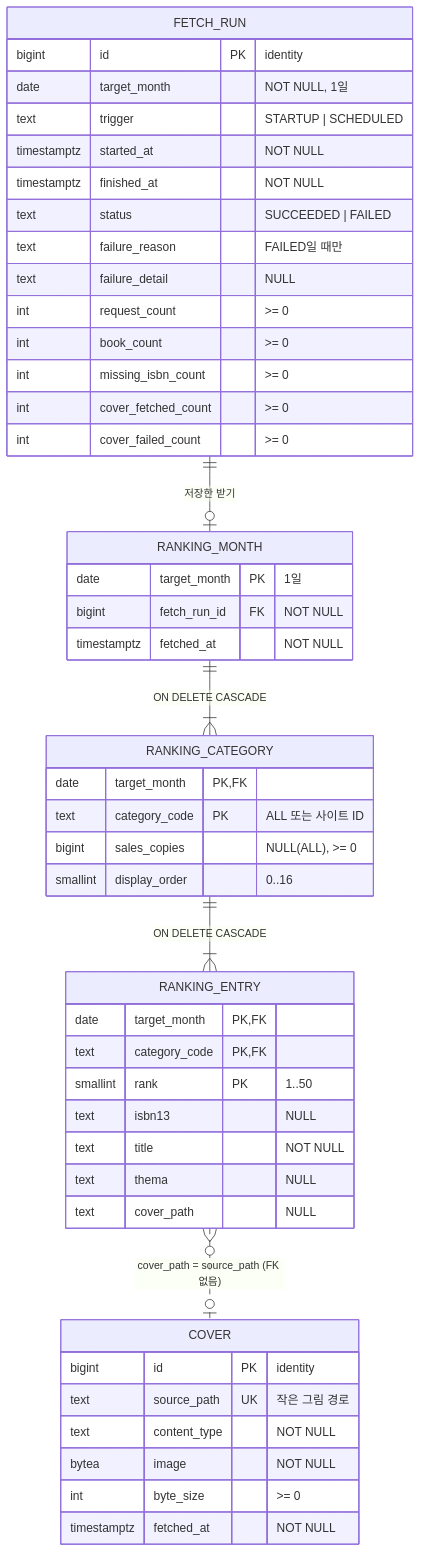
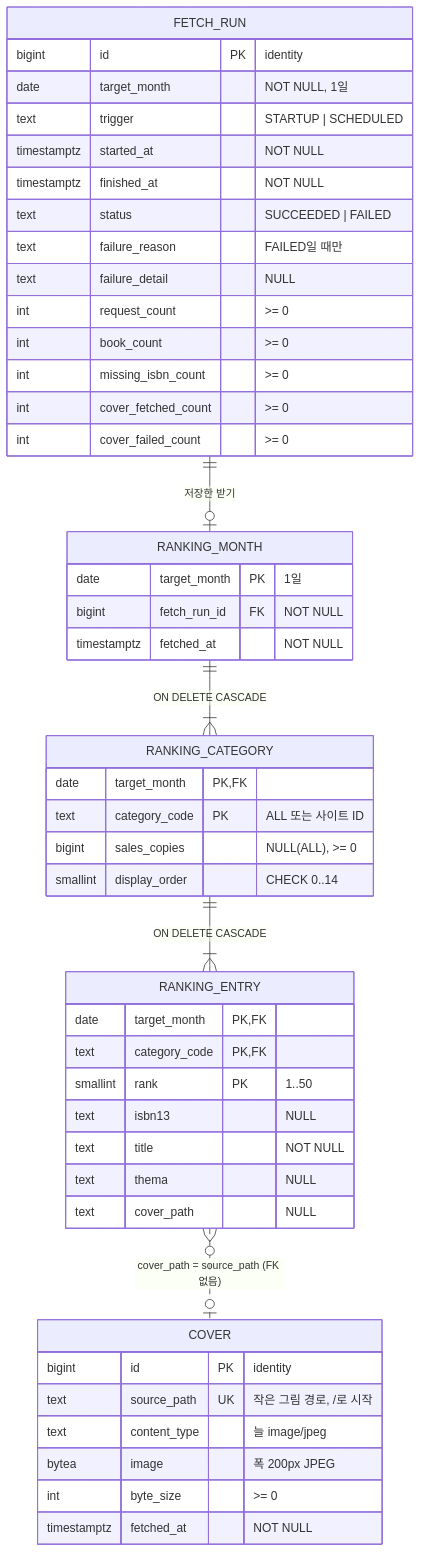
One commit to hodu-sketch/chaekcheck-plan changed the seventh of 7 diagrams in docs/current/data-model.md. Above: the diagram before and after it, drawn with Mermaid. The commit also changed other lines of this file and 20 other files, not shown here.

````diff
--- a/docs/current/data-model.md
+++ b/docs/current/data-model.md
@@ -502,50 +566,50 @@
 ```mermaid
 erDiagram
   FETCH_RUN {
     bigint id PK "identity"
     date target_month "NOT NULL, 1일"
     text trigger "STARTUP | SCHEDULED"
     timestamptz started_at "NOT NULL"
     timestamptz finished_at "NOT NULL"
     text status "SUCCEEDED | FAILED"
     text failure_reason "FAILED일 때만"
     text failure_detail "NULL"
     int request_count ">= 0"
     int book_count ">= 0"
     int missing_isbn_count ">= 0"
     int cover_fetched_count ">= 0"
     int cover_failed_count ">= 0"
   }
   RANKING_MONTH {
     date target_month PK "1일"
     bigint fetch_run_id FK "NOT NULL"
     timestamptz fetched_at "NOT NULL"
   }
   RANKING_CATEGORY {
     date target_month PK,FK
     text category_code PK "ALL 또는 사이트 ID"
     bigint sales_copies "NULL(ALL), >= 0"
-    smallint display_order "0..16"
+    smallint display_order "CHECK 0..14"
   }
   RANKING_ENTRY {
     date target_month PK,FK
     text category_code PK,FK
     smallint rank PK "1..50"
     text isbn13 "NULL"
     text title "NOT NULL"
     text thema "NULL"
     text cover_path "NULL"
   }
   COVER {
     bigint id PK "identity"
-    text source_path UK "작은 그림 경로"
-    text content_type "NOT NULL"
-    bytea image "NOT NULL"
+    text source_path UK "작은 그림 경로, /로 시작"
+    text content_type "늘 image/jpeg"
+    bytea image "폭 200px JPEG"
     int byte_size ">= 0"
     timestamptz fetched_at "NOT NULL"
   }
   FETCH_RUN ||--o| RANKING_MONTH : "저장한 받기"
   RANKING_MONTH ||--|{ RANKING_CATEGORY : "ON DELETE CASCADE"
   RANKING_CATEGORY ||--|{ RANKING_ENTRY : "ON DELETE CASCADE"
   RANKING_ENTRY }o..o| COVER : "cover_path = source_path (FK 없음)"
 ```
````
